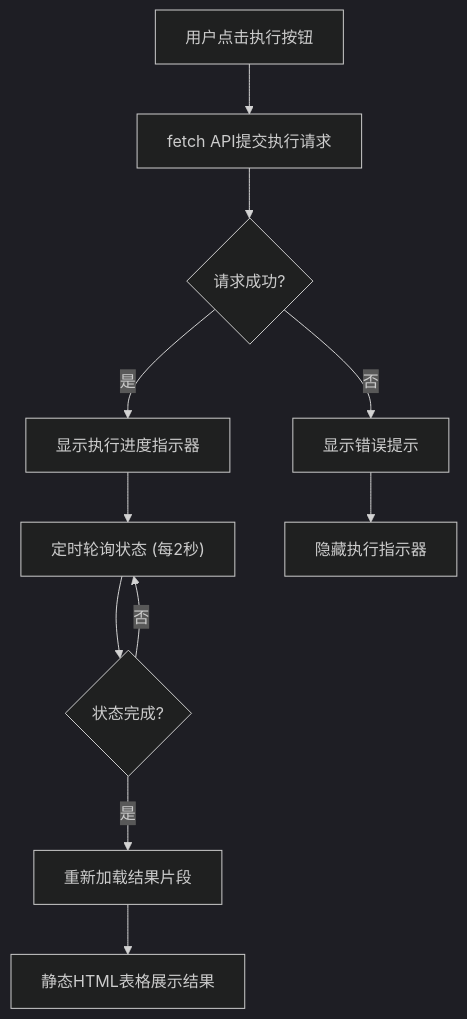
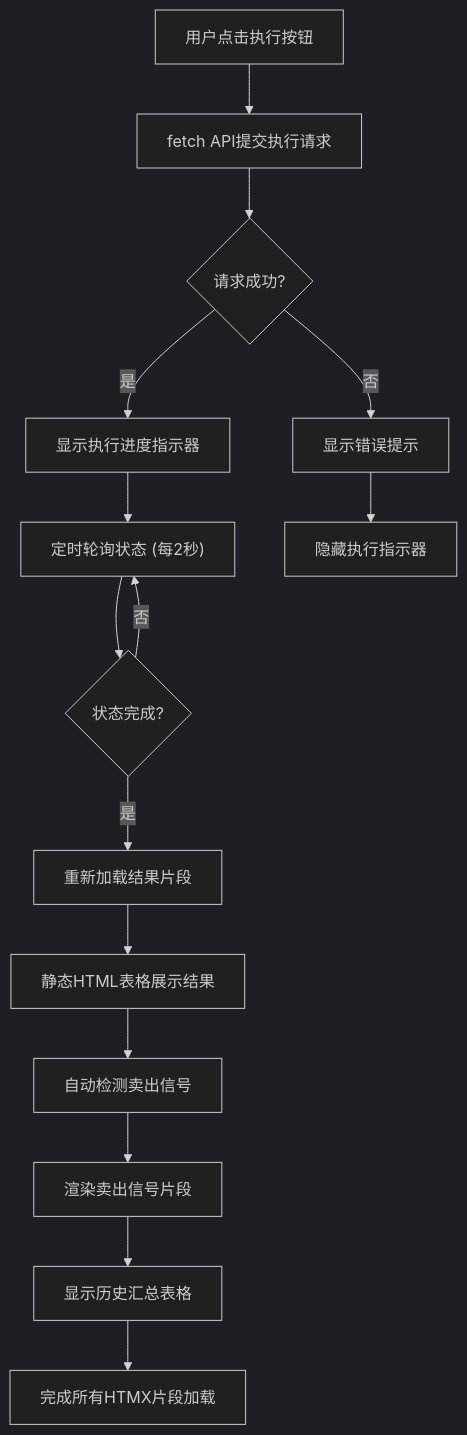
Before and after one commit to ldeng76/quant-ETF: the seventh of 12 diagrams in .qoder/repowiki/zh/content/Dashboard监控系统/Dashboard监控系统.md, drawn with Mermaid (dark theme). The commit also changed other lines of this file and 12 other files, not shown here.

````diff
--- a/.qoder/repowiki/zh/content/Dashboard监控系统/Dashboard监控系统.md
+++ b/.qoder/repowiki/zh/content/Dashboard监控系统/Dashboard监控系统.md
@@ -297,13 +319,17 @@
 ```mermaid
 flowchart TD
 A["用户点击执行按钮"] --> B["fetch API提交执行请求"]
 B --> C{"请求成功?"}
 C --> |是| D["显示执行进度指示器"]
 D --> E["定时轮询状态 (每2秒)"]
 E --> F{"状态完成?"}
 F --> |否| E
 F --> |是| G["重新加载结果片段"]
 G --> H["静态HTML表格展示结果"]
-C --> |否| I["显示错误提示"]
-I --> J["隐藏执行指示器"]
+H --> I["自动检测卖出信号"]
+I --> J["渲染卖出信号片段"]
+J --> K["显示历史汇总表格"]
+K --> L["完成所有HTMX片段加载"]
+C --> |否| M["显示错误提示"]
+M --> N["隐藏执行指示器"]
 ```
````
